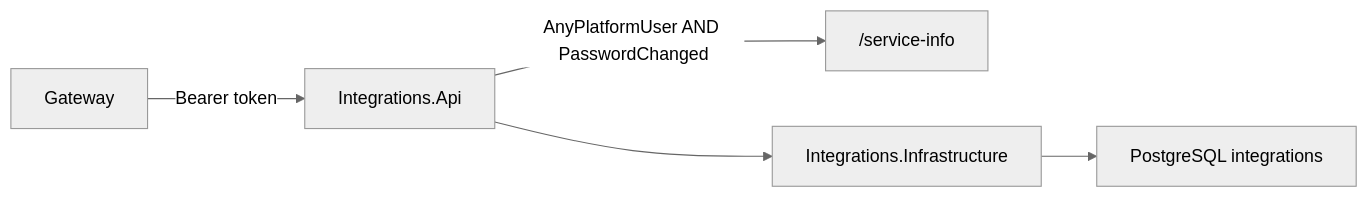
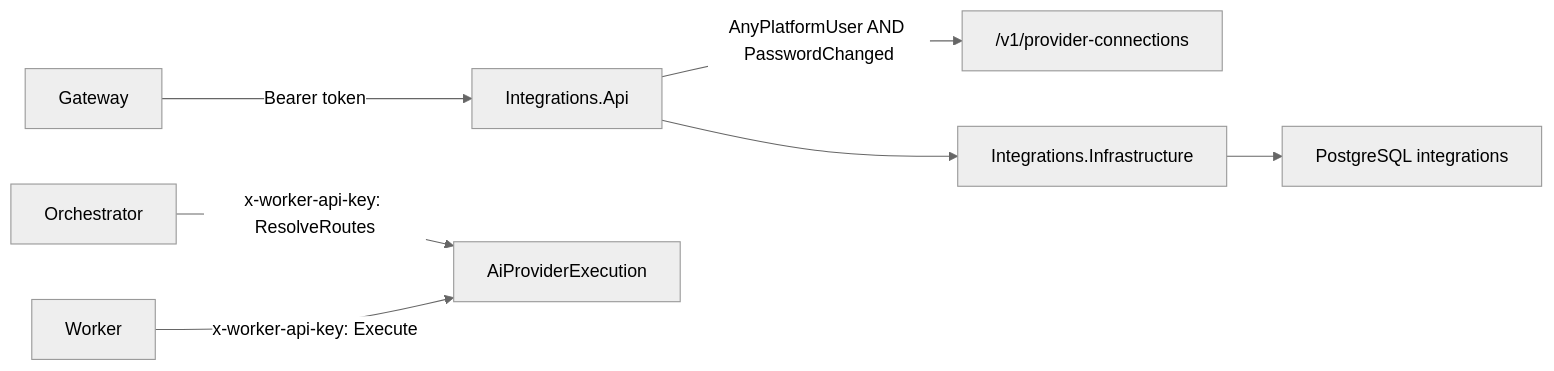
Before and after one commit to SqeeZarion/AiControlCenter: the diagram in src/Services/Integrations/AiControlCenter.Integrations.Api/README.md, drawn with Mermaid (neutral theme). The commit also changed other lines of this file and 15 other files, not shown here.

````diff
--- a/src/Services/Integrations/AiControlCenter.Integrations.Api/README.md
+++ b/src/Services/Integrations/AiControlCenter.Integrations.Api/README.md
@@ -5,7 +5,9 @@
 ```mermaid
 flowchart LR
     Gateway -->|"Bearer token"| Api["Integrations.Api"]
-    Api -->|"AnyPlatformUser AND PasswordChanged"| ServiceInfo["/service-info"]
+    Api -->|"AnyPlatformUser AND PasswordChanged"| Connections["/v1/provider-connections"]
+    Orchestrator -->|"x-worker-api-key: ResolveRoutes"| Grpc["AiProviderExecution"]
+    Worker -->|"x-worker-api-key: Execute"| Grpc
     Api --> Infra["Integrations.Infrastructure"]
     Infra --> Db["PostgreSQL integrations"]
 ```
````
